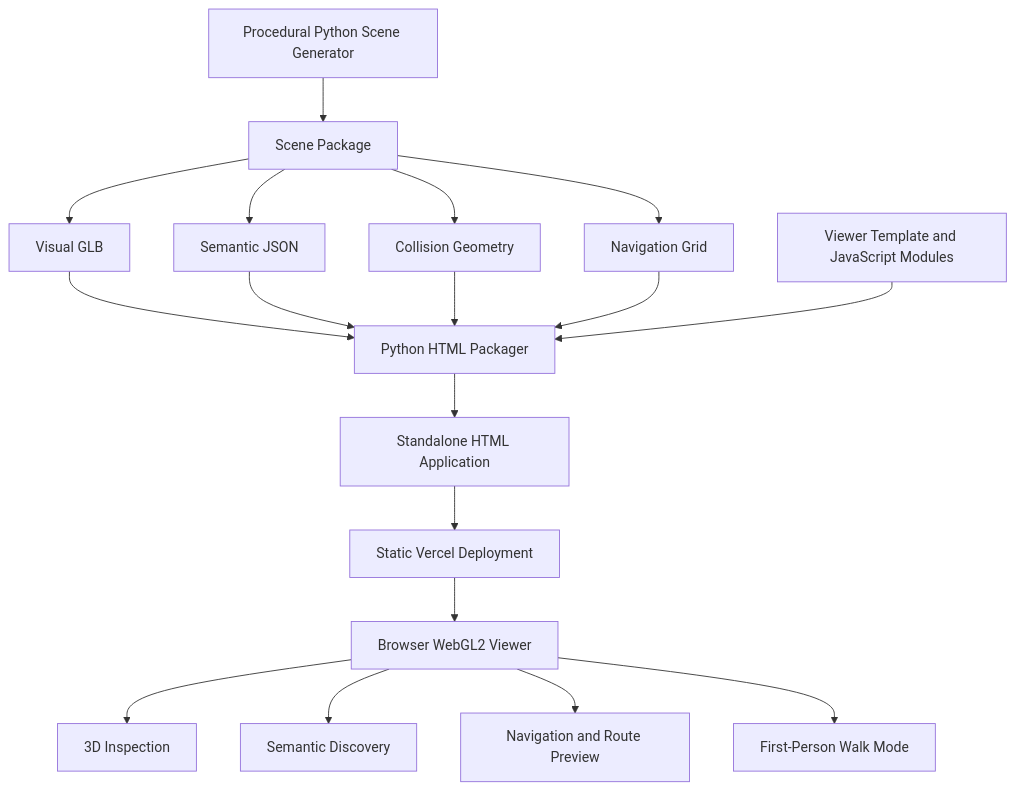
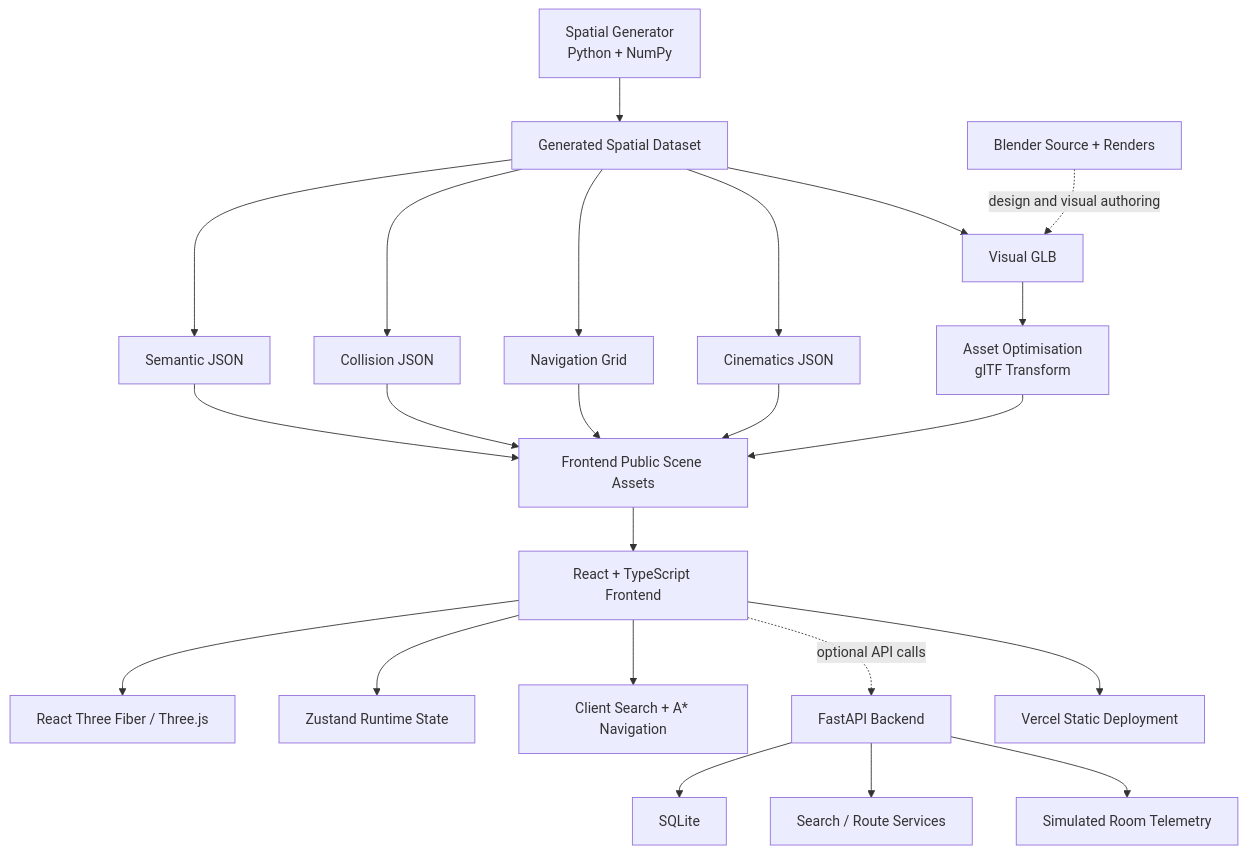
The diagram in README.md (tejaswee-06/Namma_Space), drawn with Mermaid before and after one commit. The commit also changed other lines of this file, not shown here.

````diff
--- a/README.md
+++ b/README.md
@@ -376,30 +638,30 @@
 ```mermaid
 flowchart TB
+    A[Spatial Generator<br/>Python + NumPy] --> B[Generated Spatial Dataset]
+    B --> C[Visual GLB]
+    B --> D[Semantic JSON]
+    B --> E[Collision JSON]
+    B --> F[Navigation Grid]
+    B --> G[Cinematics JSON]
 
-    A["Procedural Python Scene Generator"]
+    C --> H[Asset Optimisation<br/>glTF Transform]
+    D --> I[Frontend Public Scene Assets]
+    E --> I
+    F --> I
+    G --> I
+    H --> I
 
-    A --> B["Scene Package"]
+    J[Blender Source + Renders] -. design and visual authoring .-> C
 
-    B --> C["Visual GLB"]
-    B --> D["Semantic JSON"]
-    B --> E["Collision Geometry"]
-    B --> F["Navigation Grid"]
+    I --> K[React + TypeScript Frontend]
+    K --> L[React Three Fiber / Three.js]
+    K --> M[Zustand Runtime State]
+    K --> N[Client Search + A* Navigation]
 
-    C --> G["Python HTML Packager"]
-    D --> G
-    E --> G
-    F --> G
+    K -. optional API calls .-> O[FastAPI Backend]
+    O --> P[SQLite]
+    O --> Q[Search / Route Services]
+    O --> R[Simulated Room Telemetry]
 
-    H["Viewer Template and JavaScript Modules"] --> G
-
-    G --> I["Standalone HTML Application"]
-
-    I --> J["Static Vercel Deployment"]
-
-    J --> K["Browser WebGL2 Viewer"]
-
-    K --> L["3D Inspection"]
-    K --> M["Semantic Discovery"]
-    K --> N["Navigation and Route Preview"]
-    K --> O["First-Person Walk Mode"]
+    K --> S[Vercel Static Deployment]
 ```
````
